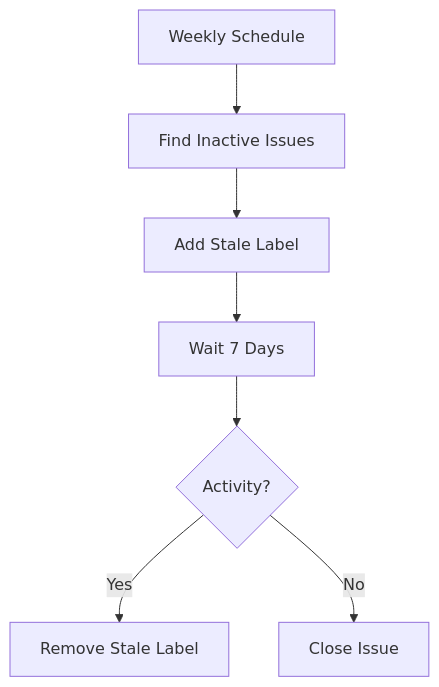
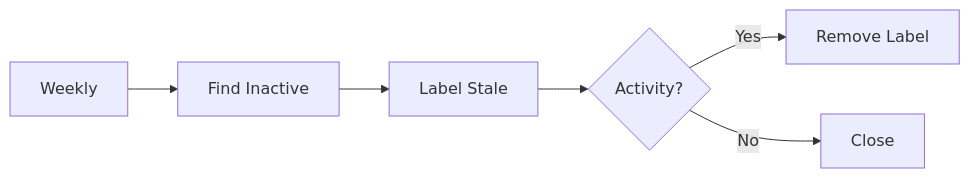
Before and after one commit to ambient-code/reference: the fourth of 4 diagrams in docs/patterns/gha-automation-patterns.md, drawn with Mermaid. The commit also changed other lines of this file and 8 other files, not shown here.

First line of the commit message:
docs: simplify mermaid diagrams for visual clarity (#17)

````diff
--- a/docs/patterns/gha-automation-patterns.md
+++ b/docs/patterns/gha-automation-patterns.md
@@ -223,9 +217,8 @@
 ```mermaid
-flowchart TD
-    A[Weekly Schedule] --> B[Find Inactive Issues]
-    B --> C[Add Stale Label]
-    C --> D[Wait 7 Days]
-    D --> E{Activity?}
-    E -->|Yes| F[Remove Stale Label]
-    E -->|No| G[Close Issue]
+flowchart LR
+    A[Weekly] --> B[Find Inactive]
+    B --> C[Label Stale]
+    C --> D{Activity?}
+    D -->|Yes| E[Remove Label]
+    D -->|No| F[Close]
 ```
````
